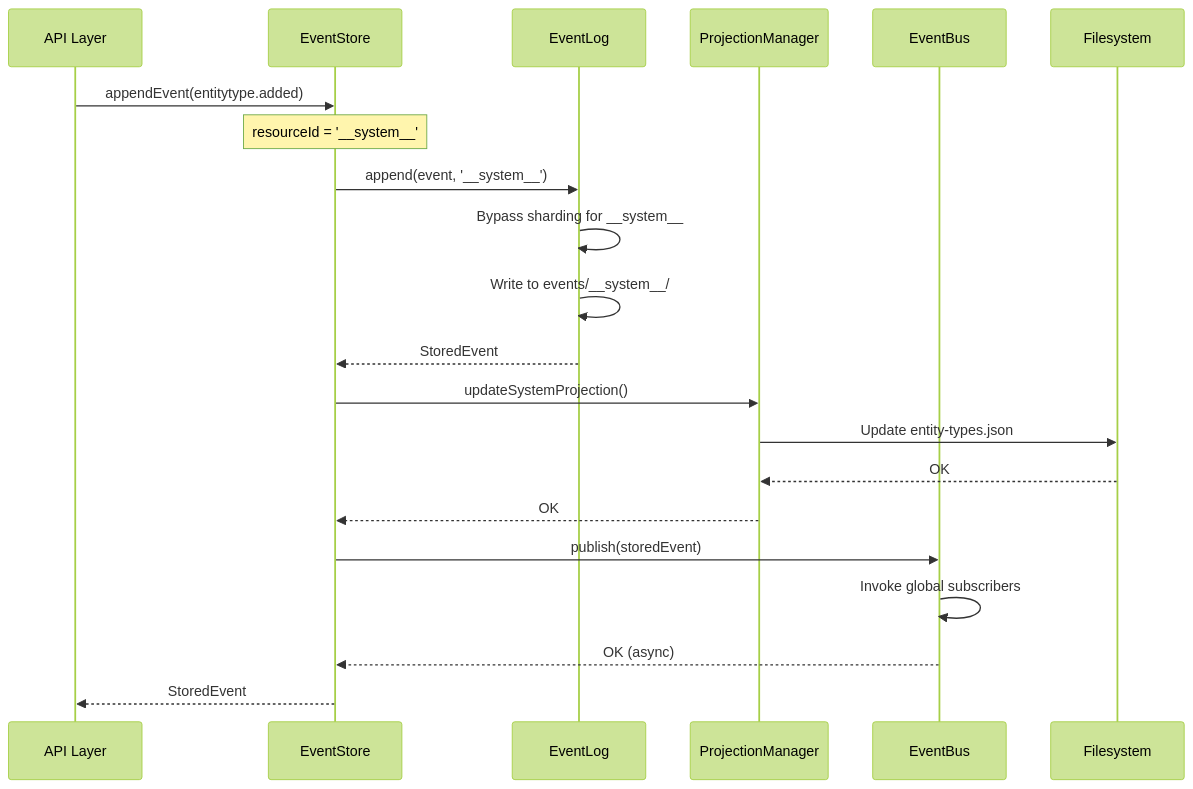
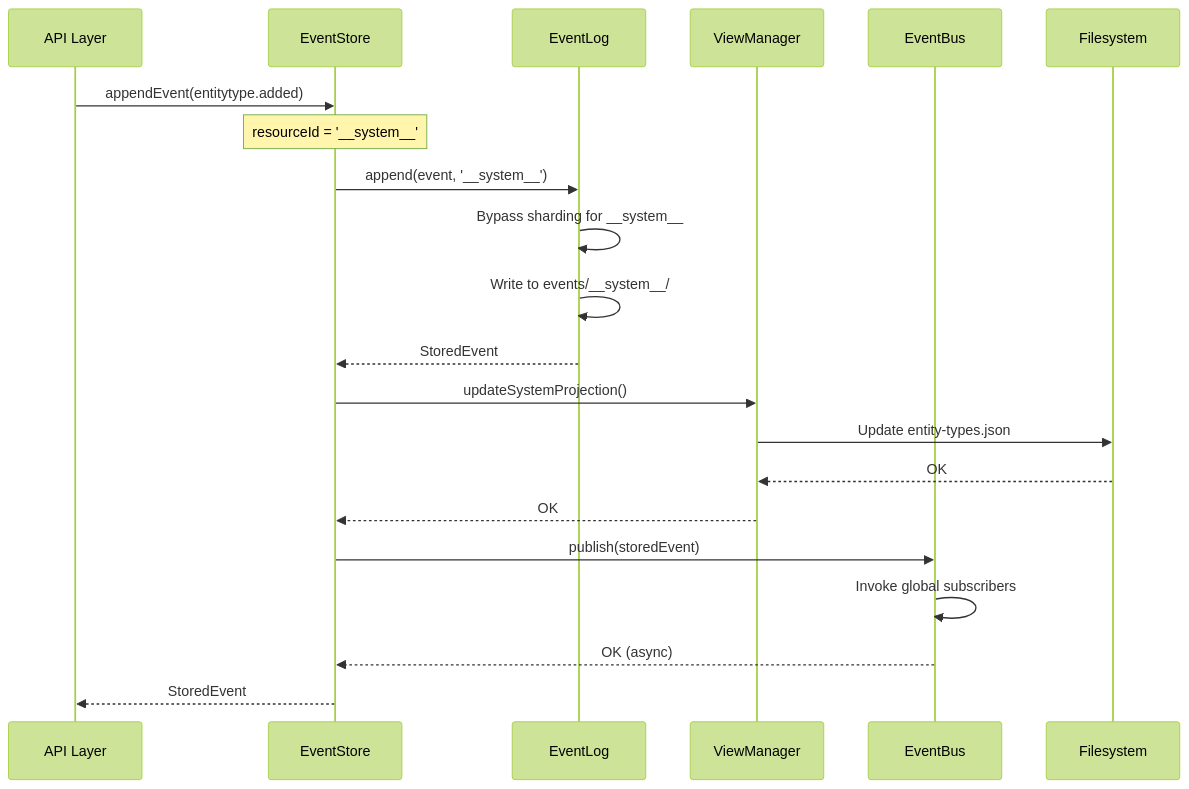
One commit to The-AI-Alliance/semiont changed the second of 2 diagrams in docs/services/EVENT-STORE.md. Above: the diagram before and after it, drawn with Mermaid (forest theme). The commit also changed other lines of this file and 9 other files, not shown here.

````diff
--- a/docs/services/EVENT-STORE.md
+++ b/docs/services/EVENT-STORE.md
@@ -586,27 +586,27 @@
 ```mermaid
 sequenceDiagram
     participant API as API Layer
     participant ES as EventStore
     participant Log as EventLog
-    participant PM as ProjectionManager
+    participant PM as ViewManager
     participant Bus as EventBus
     participant FS as Filesystem
 
     API->>ES: appendEvent(entitytype.added)
     Note over ES: resourceId = '__system__'
     ES->>Log: append(event, '__system__')
     Log->>Log: Bypass sharding for __system__
     Log->>Log: Write to events/__system__/
     Log-->>ES: StoredEvent
 
     ES->>PM: updateSystemProjection()
     PM->>FS: Update entity-types.json
     FS-->>PM: OK
     PM-->>ES: OK
 
     ES->>Bus: publish(storedEvent)
     Bus->>Bus: Invoke global subscribers
     Bus-->>ES: OK (async)
 
     ES-->>API: StoredEvent
 ```
````
